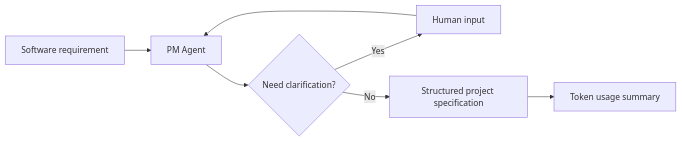
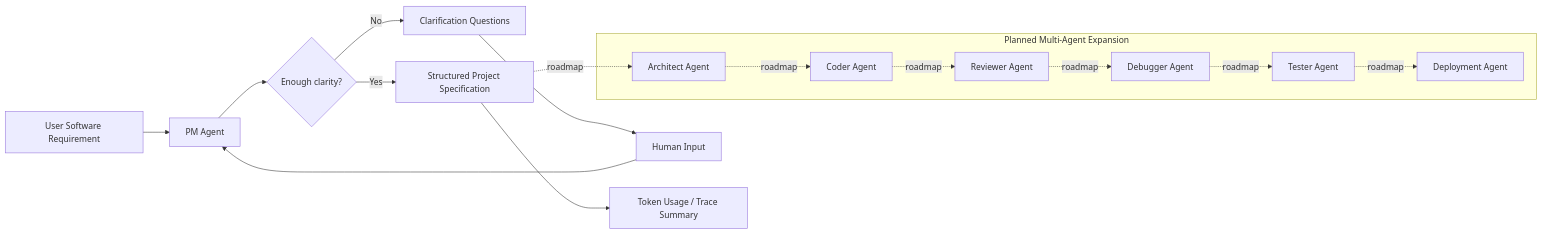
One commit to GovindGoel1401/GovindGoel1401 changed the second of 4 diagrams in README.md. Above: the diagram before and after it, drawn with Mermaid. The commit also changed other lines of this file, not shown here.

````diff
--- a/README.md
+++ b/README.md
@@ -80,9 +119,26 @@
 ```mermaid
 flowchart LR
-    A[Software requirement] --> B[PM Agent]
-    B --> C{Need clarification?}
-    C -->|Yes| D[Human input]
-    D --> B
-    C -->|No| E[Structured project specification]
-    E --> F[Token usage summary]
+    A[User Software Requirement] --> B[PM Agent]
+    B --> C{Enough clarity?}
+    C -->|No| D[Clarification Questions]
+    D --> E[Human Input]
+    E --> B
+    C -->|Yes| F[Structured Project Specification]
+    F --> G[Token Usage / Trace Summary]
+
+    subgraph Planned Multi-Agent Expansion
+        H[Architect Agent]
+        I[Coder Agent]
+        J[Reviewer Agent]
+        K[Debugger Agent]
+        L[Tester Agent]
+        M[Deployment Agent]
+    end
+
+    F -. roadmap .-> H
+    H -. roadmap .-> I
+    I -. roadmap .-> J
+    J -. roadmap .-> K
+    K -. roadmap .-> L
+    L -. roadmap .-> M
 ```
````
